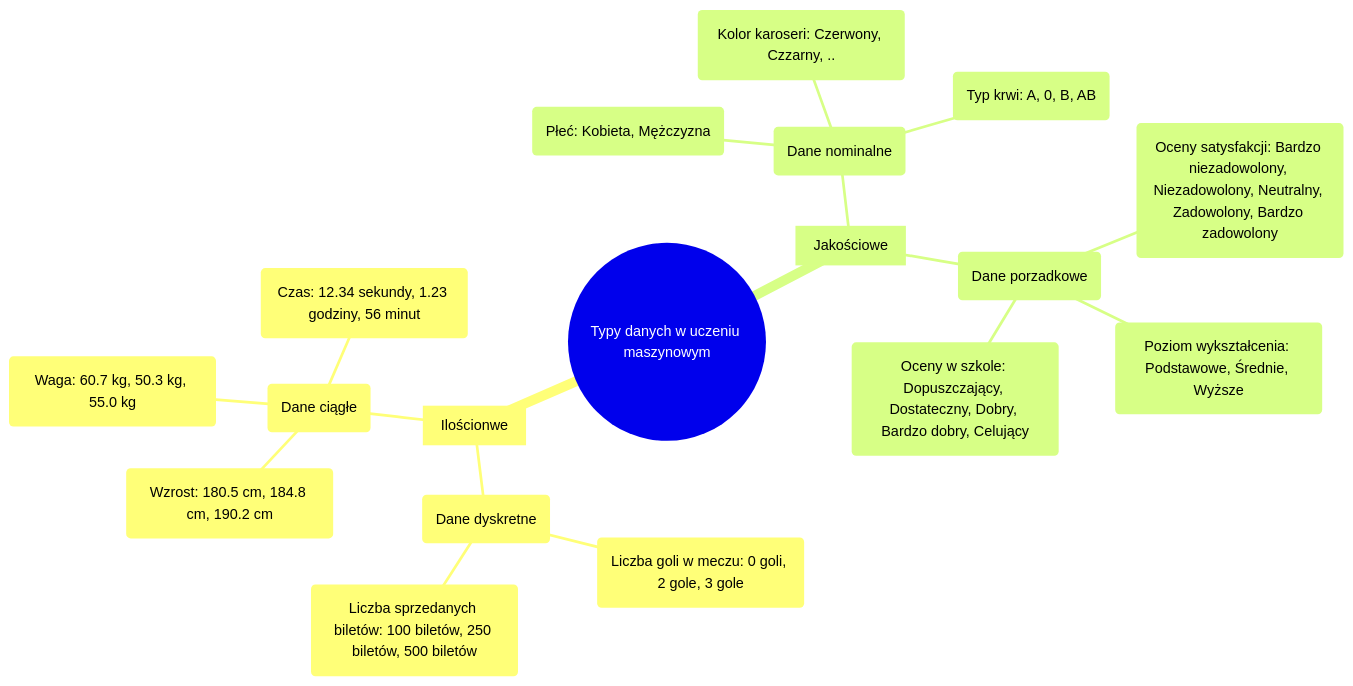
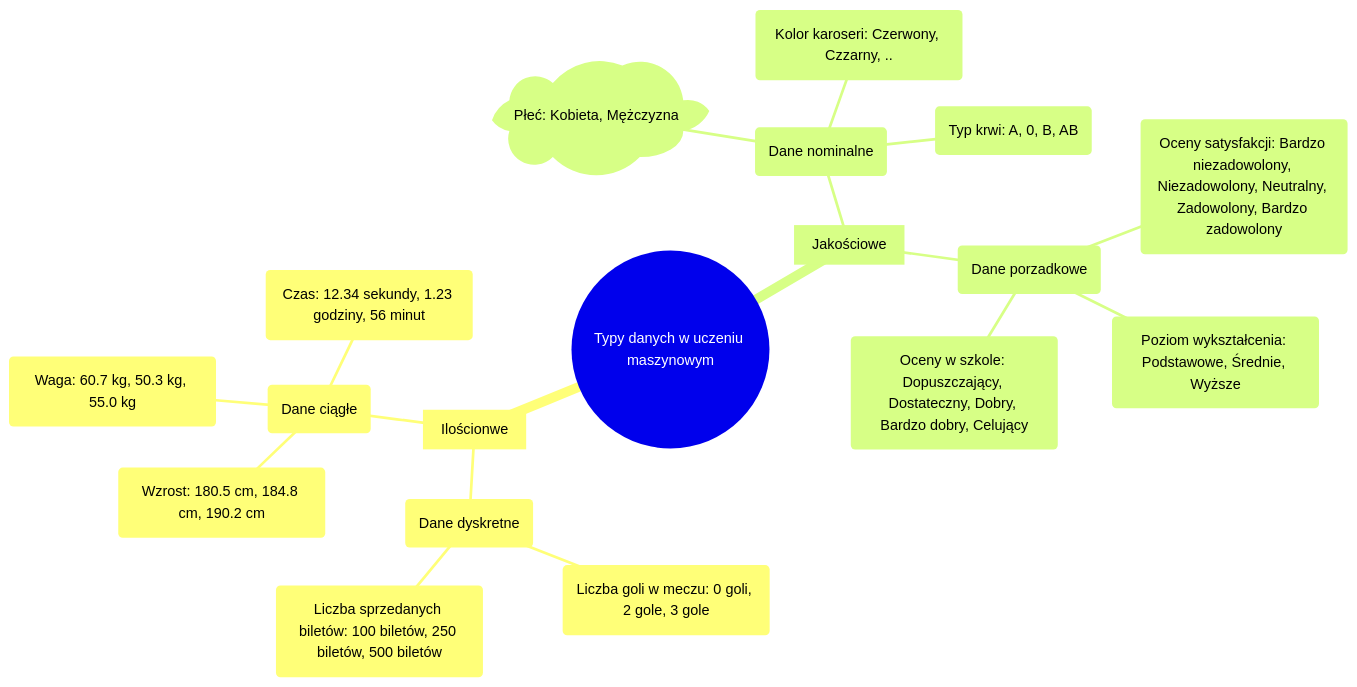
One commit to wgalka/SI changed the diagram in DataTypes.md. Above: the diagram before and after it, drawn with Mermaid.

```diff
--- a/DataTypes.md
+++ b/DataTypes.md
@@ -8,21 +8,21 @@
 <div class="mermaid">
 mindmap
     id(("Typy danych w uczeniu maszynowym"))
         id2["Ilościonwe"]
             id4("Dane dyskretne")
                 id("Liczba goli w meczu: 0 goli, 2 gole, 3 gole")
                 id("Liczba sprzedanych biletów: 100 biletów, 250 biletów, 500 biletów")
             id4("Dane ciągłe")
                 id("Wzrost: 180.5 cm, 184.8 cm, 190.2 cm")
                 id("Waga: 60.7 kg, 50.3 kg, 55.0 kg")
                 id("Czas: 12.34 sekundy, 1.23 godziny, 56 minut")
         id3["Jakościowe"]
             id5("Dane nominalne")
-                id("Płeć: Kobieta, Mężczyzna")
+                id)"Płeć: Kobieta, Mężczyzna"(
                 id("Kolor karoseri: Czerwony, Czzarny, ..")
                 id("Typ krwi: A, 0, B, AB")
             id5("Dane porzadkowe")
                 id("Oceny satysfakcji: Bardzo niezadowolony, Niezadowolony, Neutralny, Zadowolony, Bardzo zadowolony")
                 id("Poziom wykształcenia: Podstawowe, Średnie, Wyższe")
                 id("Oceny w szkole: Dopuszczający, Dostateczny, Dobry, Bardzo dobry, Celujący")
 </div>
```
